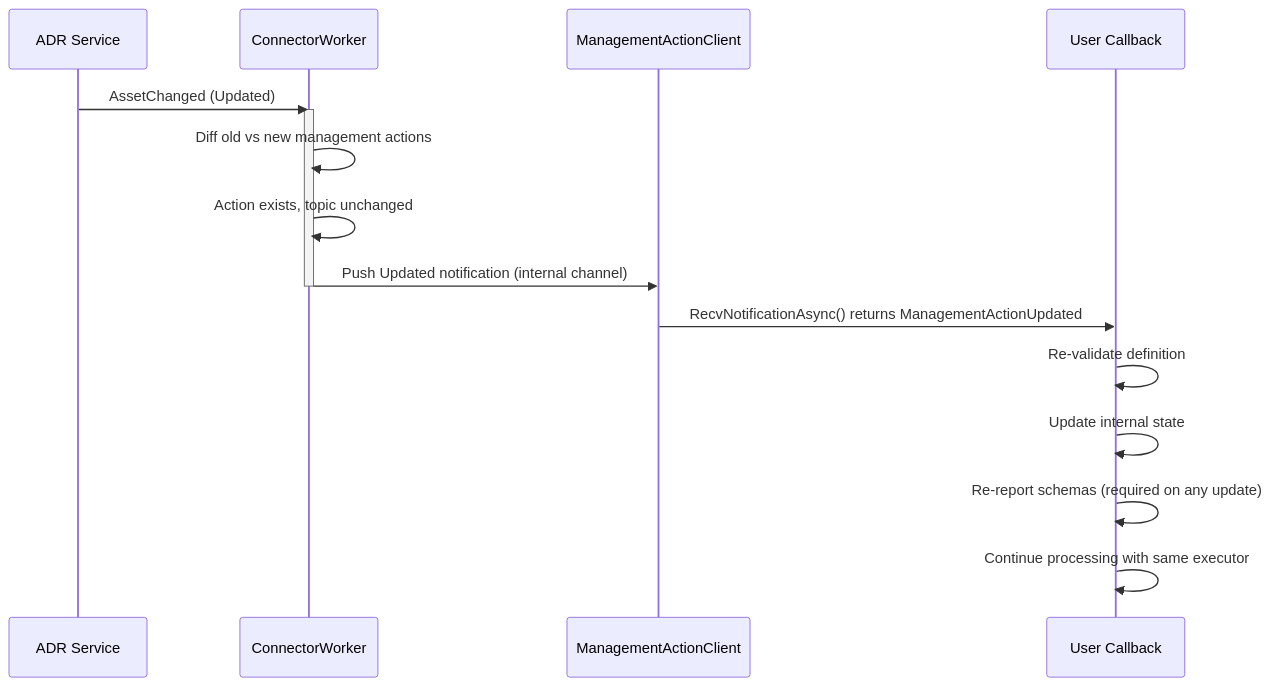
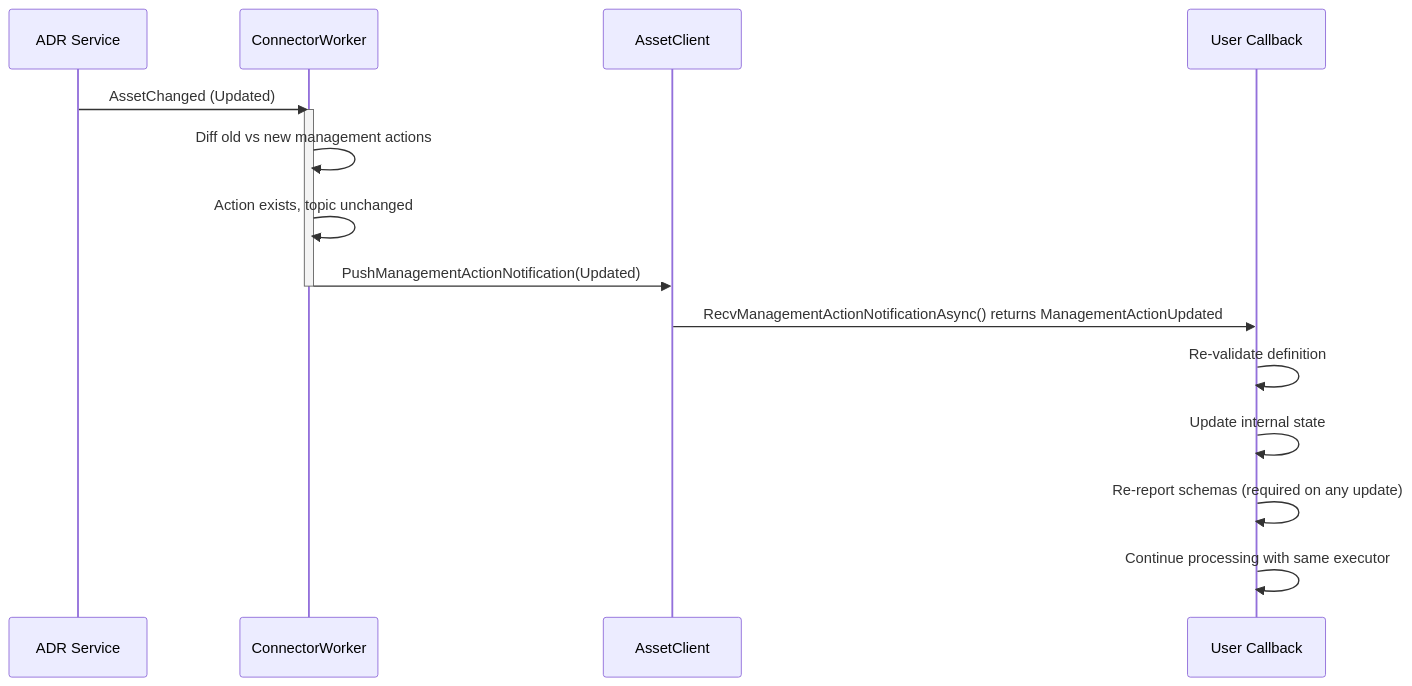
Before and after one commit to Azure/iot-operations-sdks: the sixth of 10 diagrams in doc/dev/tmp/management-action-implementation-design.md, drawn with Mermaid. The commit also changed other lines of this file and 2 other files, not shown here.

Commit message:
Refactor management action support in .NET SDK

````diff
--- a/doc/dev/tmp/management-action-implementation-design.md
+++ b/doc/dev/tmp/management-action-implementation-design.md
@@ -762,21 +696,21 @@
 ```mermaid
 sequenceDiagram
     participant ADR as ADR Service
     participant CW as ConnectorWorker
-    participant MAC as ManagementActionClient
+    participant AC as AssetClient
     participant User as User Callback
 
     ADR->>CW: AssetChanged (Updated)
     activate CW
     CW->>CW: Diff old vs new management actions
     CW->>CW: Action exists, topic unchanged
 
-    CW->>MAC: Push Updated notification (internal channel)
+    CW->>AC: PushManagementActionNotification(Updated)
     deactivate CW
-    MAC->>User: RecvNotificationAsync() returns ManagementActionUpdated
+    AC->>User: RecvManagementActionNotificationAsync() returns ManagementActionUpdated
 
     User->>User: Re-validate definition
     User->>User: Update internal state
     User->>User: Re-report schemas (required on any update)
     User->>User: Continue processing with same executor
 ```
````
